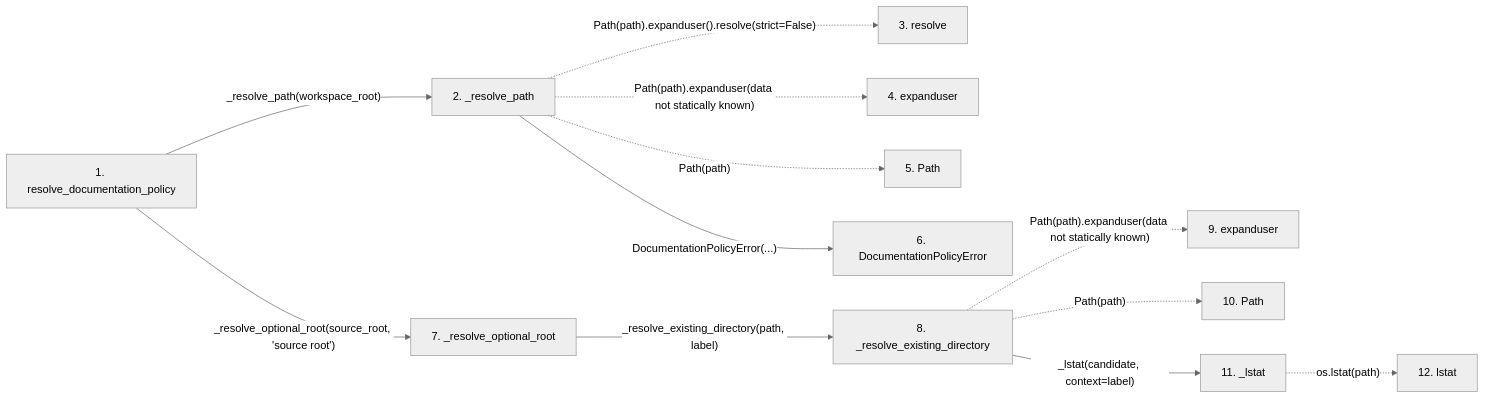
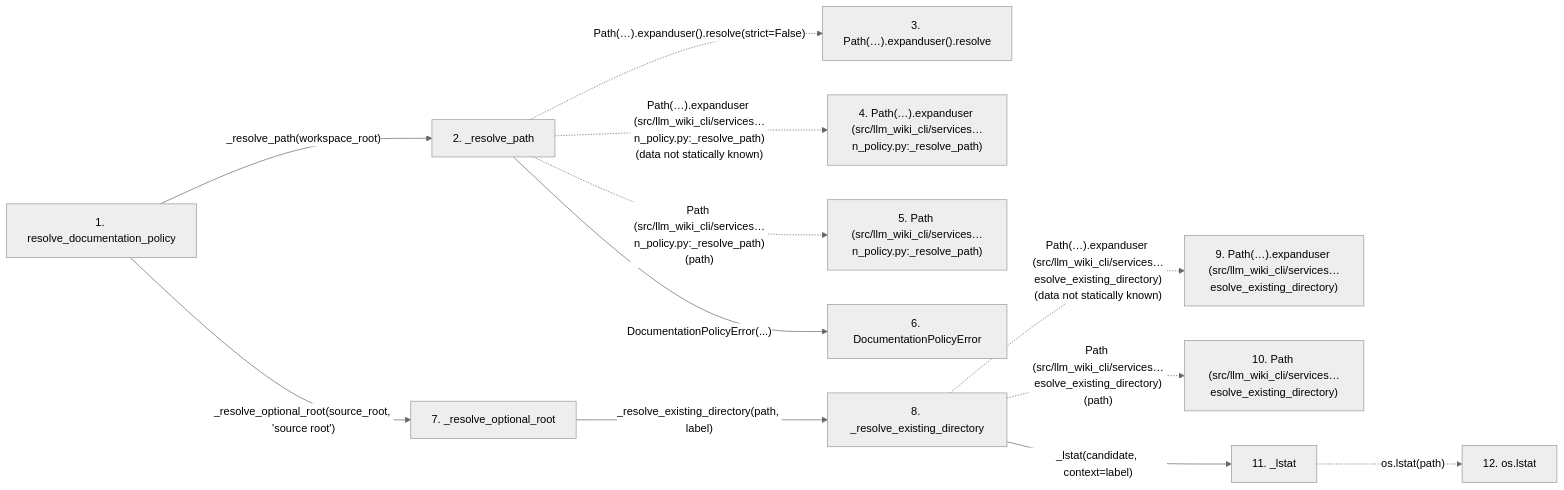
Before and after one commit to Denissvgn/python-wiki-llm: the second of 2 diagrams in docs/llm_wiki/flows/api-resolve_documentation_policy.md, drawn with Mermaid (neutral theme). The commit also changed other lines of this file and 719 other files, not shown here.

````diff
--- a/docs/llm_wiki/flows/api-resolve_documentation_policy.md
+++ b/docs/llm_wiki/flows/api-resolve_documentation_policy.md
@@ -79,32 +81,32 @@
 ```mermaid
 flowchart LR
     s1["1. resolve_documentation_policy"]
     s2["2. _resolve_path"]
-    s3["3. resolve"]
-    s4["4. expanduser"]
-    s5["5. Path"]
+    s3["3. Path(…).expanduser().resolve"]
+    s4["4. Path(…).expanduser (src/llm_wiki_cli/services…n_policy.py:_resolve_path)"]
+    s5["5. Path (src/llm_wiki_cli/services…n_policy.py:_resolve_path)"]
     s6["6. DocumentationPolicyError"]
     s7["7. _resolve_optional_root"]
     s8["8. _resolve_existing_directory"]
-    s9["9. expanduser"]
-    s10["10. Path"]
+    s9["9. Path(…).expanduser (src/llm_wiki_cli/services…esolve_existing_directory)"]
+    s10["10. Path (src/llm_wiki_cli/services…esolve_existing_directory)"]
     s11["11. _lstat"]
-    s12["12. lstat"]
+    s12["12. os.lstat"]
     s1 -->|"_resolve_path(workspace_root)"| s2
-    s2 -. "Path(path).expanduser().resolve(strict=False)" .-> s3
-    s2 -. "Path(path).expanduser(data not statically known)" .-> s4
-    s2 -. "Path(path)" .-> s5
+    s2 -. "Path(…).expanduser().resolve(strict=False)" .-> s3
+    s2 -. "Path(…).expanduser (src/llm_wiki_cli/services…n_policy.py:_resolve_path)(data not statically known)" .-> s4
+    s2 -. "Path (src/llm_wiki_cli/services…n_policy.py:_resolve_path)(path)" .-> s5
     s2 -->|"DocumentationPolicyError(...)"| s6
     s1 -->|"_resolve_optional_root(source_root, 'source root')"| s7
     s7 -->|"_resolve_existing_directory(path, label)"| s8
-    s8 -. "Path(path).expanduser(data not statically known)" .-> s9
-    s8 -. "Path(path)" .-> s10
+    s8 -. "Path(…).expanduser (src/llm_wiki_cli/services…esolve_existing_directory)(data not statically known)" .-> s9
+    s8 -. "Path (src/llm_wiki_cli/services…esolve_existing_directory)(path)" .-> s10
     s8 -->|"_lstat(candidate, context=label)"| s11
     s11 -. "os.lstat(path)" .-> s12
     click s1 "../modules/documentation_policy.md"
     click s2 "../modules/documentation_policy.md"
     click s6 "../modules/documentation_policy.md"
     click s7 "../modules/documentation_policy.md"
     click s8 "../modules/documentation_policy.md"
     click s11 "../modules/documentation_policy.md"
 ```
````
